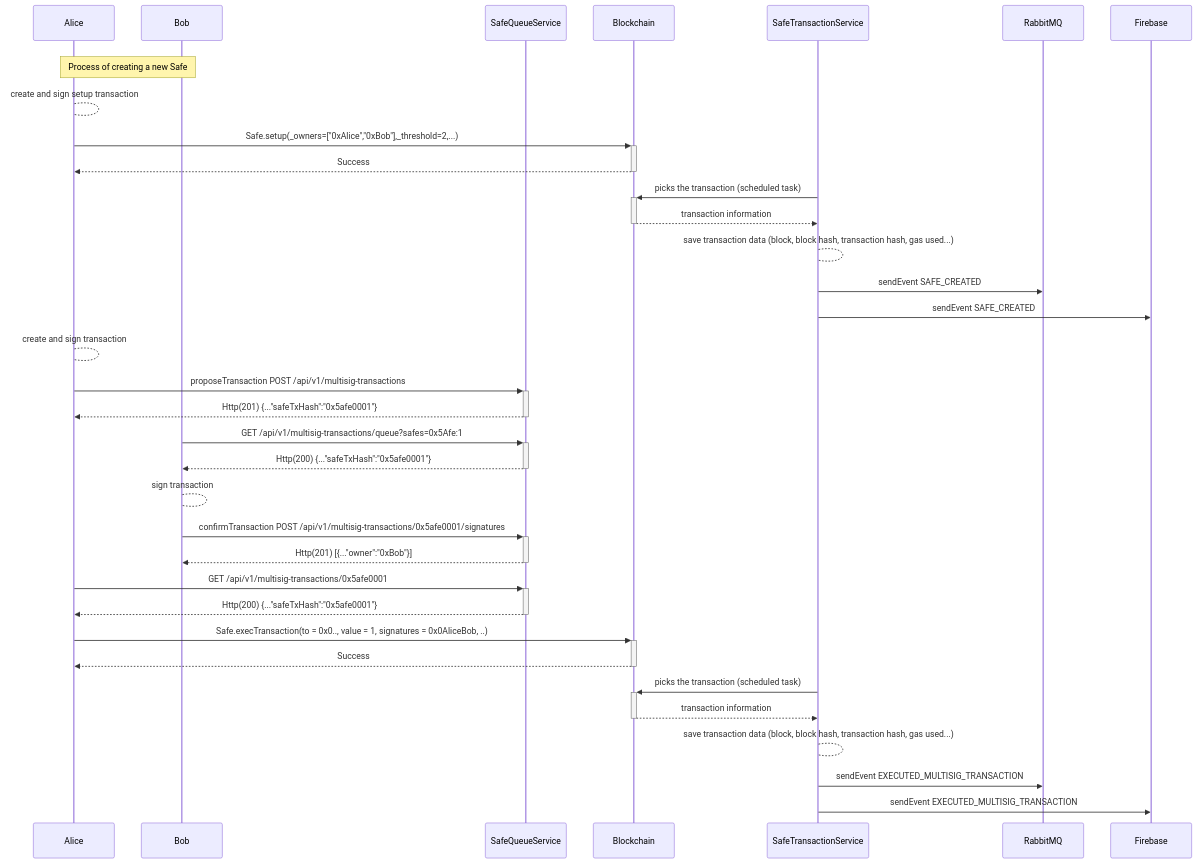
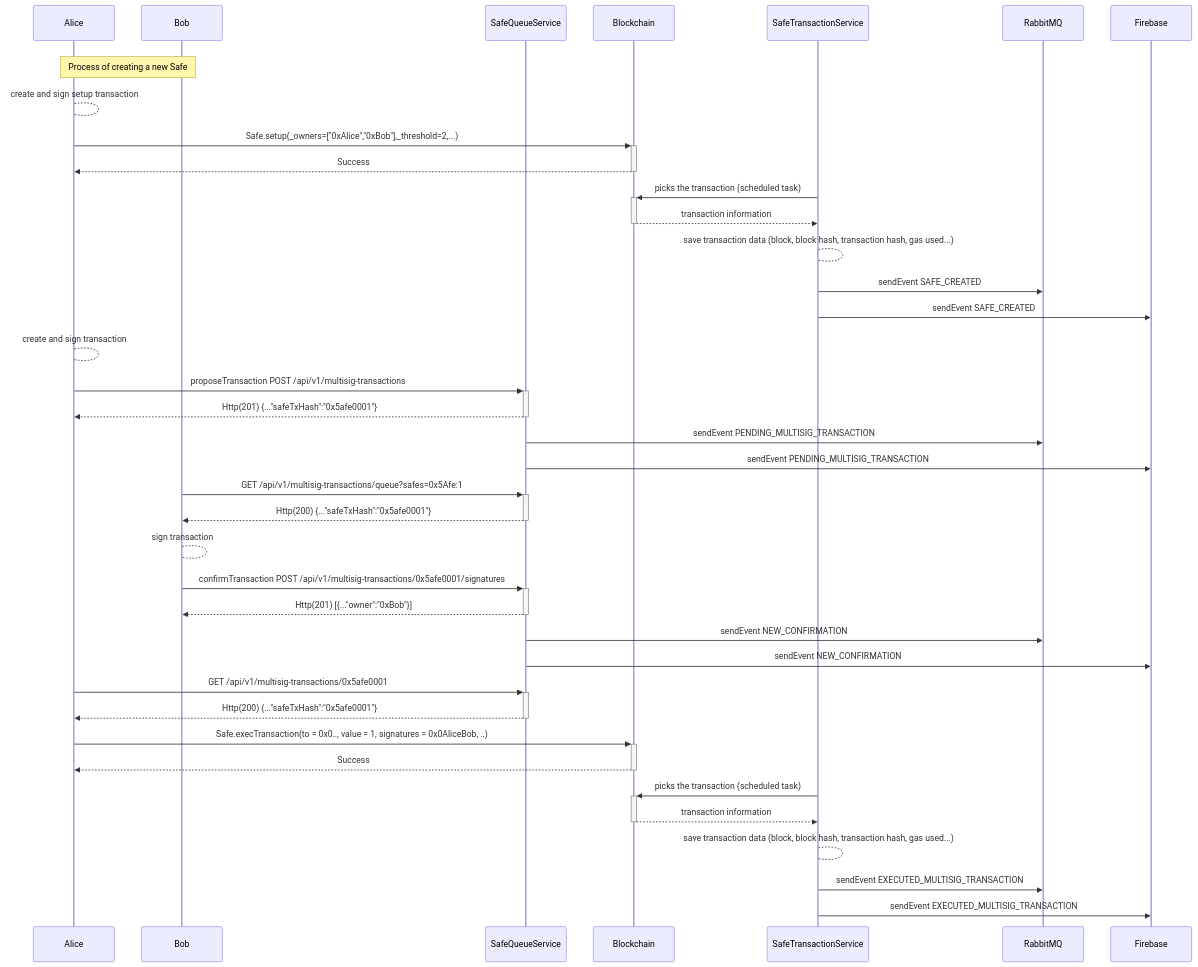
One commit to safe-global/safe-docs changed the first of 2 diagrams in pages/core-api/api-safe-transaction-service.mdx. Above: the diagram before and after it, drawn with Mermaid.

Commit message:
docs: restore proposal and confirmation events in the signatures diagram
The Safe Queue Service sends PENDING_MULTISIG_TRANSACTION after a proposal and NEW_CONFIRMATION after a confirmation.

````diff
--- a/pages/core-api/api-safe-transaction-service.mdx
+++ b/pages/core-api/api-safe-transaction-service.mdx
@@ -79,35 +79,39 @@
 ``` mermaid
 sequenceDiagram
     participant A as Alice
     participant B as Bob
     participant SafeQueueService
     participant Blockchain
     rect rgba(255,255,255,.1)
     Note over A,B: Process of creating a new Safe 
     A-->A: create and sign setup transaction
     A->>+Blockchain: Safe.setup(_owners=["0xAlice","0xBob"],_threshold=2,...)
     Blockchain-->>-A: Success
     SafeTransactionService->>+Blockchain: picks the transaction (scheduled task)
     Blockchain-->>-SafeTransactionService: transaction information
     SafeTransactionService-->SafeTransactionService: save transaction data (block, block hash, transaction hash, gas used...)
     SafeTransactionService->>RabbitMQ: sendEvent SAFE_CREATED
     SafeTransactionService->>Firebase: sendEvent SAFE_CREATED
     end
     A-->A: create and sign transaction
     A->>+SafeQueueService: proposeTransaction POST /api/v1/multisig-transactions
     SafeQueueService-->>-A: Http(201) {..."safeTxHash":"0x5afe0001"}
+    SafeQueueService->>RabbitMQ: sendEvent PENDING_MULTISIG_TRANSACTION
+    SafeQueueService->>Firebase: sendEvent PENDING_MULTISIG_TRANSACTION
     B->>+SafeQueueService: GET /api/v1/multisig-transactions/queue?safes=0x5Afe:1
     SafeQueueService-->>-B: Http(200) {..."safeTxHash":"0x5afe0001"}
     B-->B: sign transaction
     B->>+SafeQueueService: confirmTransaction POST /api/v1/multisig-transactions/0x5afe0001/signatures
     SafeQueueService-->>-B: Http(201) [{..."owner":"0xBob"}]
+    SafeQueueService->>RabbitMQ: sendEvent NEW_CONFIRMATION
+    SafeQueueService->>Firebase: sendEvent NEW_CONFIRMATION
     A->>+SafeQueueService: GET /api/v1/multisig-transactions/0x5afe0001
     SafeQueueService-->>-A: Http(200) {..."safeTxHash":"0x5afe0001"}
     A->>+Blockchain: Safe.execTransaction(to = 0x0.., value = 1, signatures = 0x0AliceBob, ..)
     Blockchain-->>-A: Success
     SafeTransactionService->>+Blockchain: picks the transaction (scheduled task)
     Blockchain-->>-SafeTransactionService: transaction information
     SafeTransactionService-->SafeTransactionService: save transaction data (block, block hash, transaction hash, gas used...)
     SafeTransactionService->>RabbitMQ: sendEvent EXECUTED_MULTISIG_TRANSACTION
     SafeTransactionService->>Firebase: sendEvent EXECUTED_MULTISIG_TRANSACTION
 ```
````
